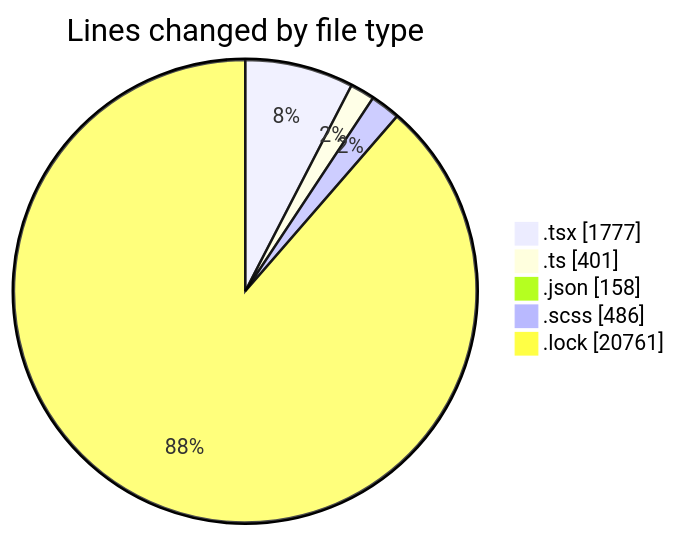
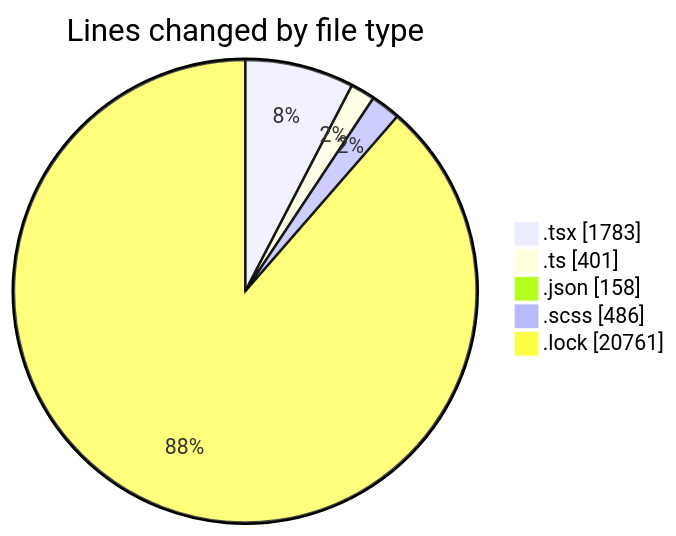
The first of 2 diagrams in 2025-04-29/cda/README.md (momahboobian/code-tracking), drawn with Mermaid before and after one commit. The commit also changed other lines of this file and 1 other file, not shown here.

````diff
--- a/2025-04-29/cda/README.md
+++ b/2025-04-29/cda/README.md
@@ -43,9 +43,9 @@
 ```mermaid
 pie showData
 title Lines changed by file type
-".tsx" : 1777
+".tsx" : 1783
 ".ts" : 401
 ".json" : 158
 ".scss" : 486
 ".lock" : 20761
 ```
````
